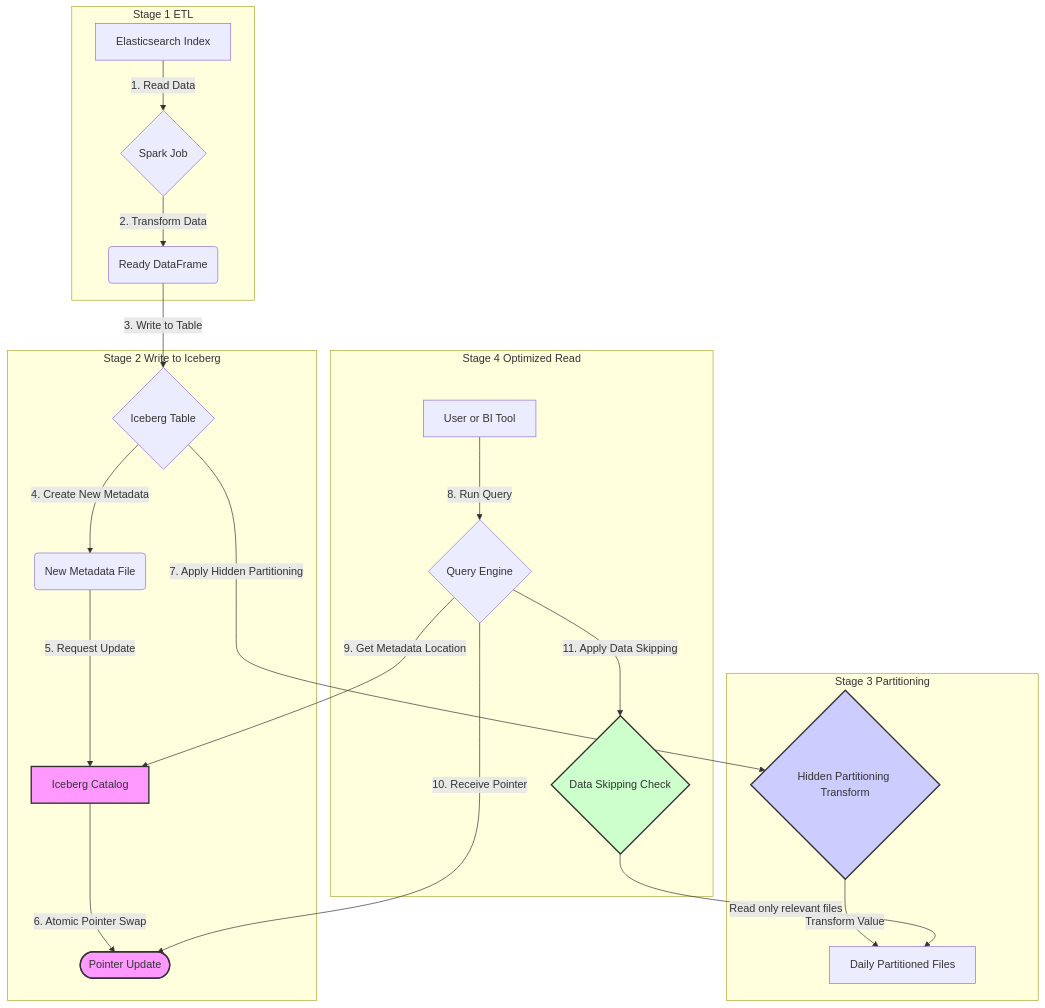
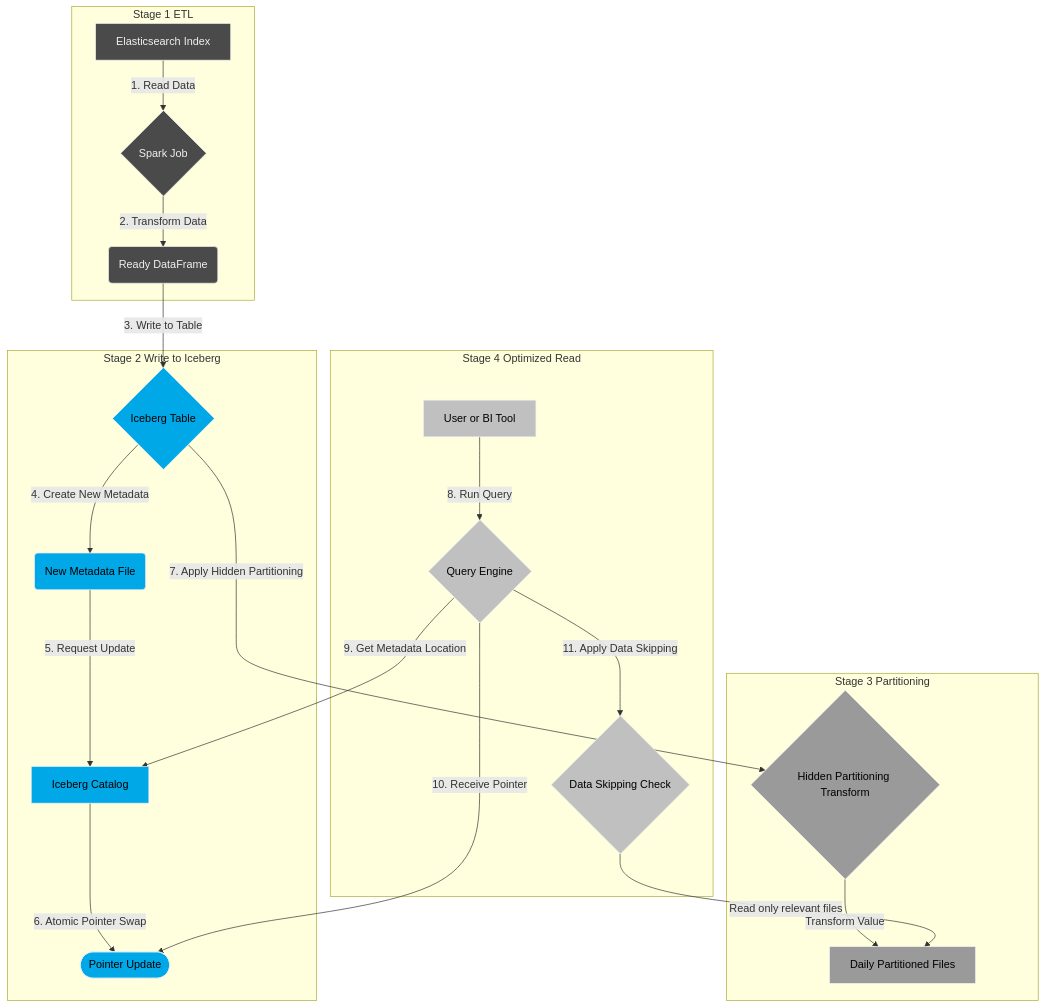
One commit to jonsonpaskal123/iceberg changed the sixth of 6 diagrams in iceberg_explanation_fa.md. Above: the diagram before and after it, drawn with Mermaid. The commit also changed other lines of this file and 1 other file, not shown here.

First line of the commit message:
style(docs): Redesign all Mermaid diagrams with a modern theme

````diff
--- a/iceberg_explanation_fa.md
+++ b/iceberg_explanation_fa.md
@@ -174,45 +221,51 @@
 ```mermaid
 graph TD
+    classDef default fill:#2b2b2b,stroke:#f0f0f0,color:#f0f0f0;
+    classDef etl fill:#4a4a4a,stroke:#f0f0f0,color:#f0f0f0;
+    classDef write fill:#00a8e8,stroke:#f0f0f0,color:#000;
+    classDef partition fill:#9a9a9a,stroke:#f0f0f0,color:#000;
+    classDef read fill:#c0c0c0,stroke:#f0f0f0,color:#000;
+
     subgraph "Stage 1 ETL"
         A["Elasticsearch Index"]
         B{Spark Job}
         C(Ready DataFrame)
     end
 
     subgraph "Stage 2 Write to Iceberg"
         D{Iceberg Table}
         E(New Metadata File)
         F[Iceberg Catalog]
         G(["Pointer Update"])
     end
 
     subgraph "Stage 3 Partitioning"
         H{"Hidden Partitioning Transform"}
         I[Daily Partitioned Files]
     end
 
     subgraph "Stage 4 Optimized Read"
         J[User or BI Tool]
         K{Query Engine}
         L{"Data Skipping Check"}
     end
 
     A -- "1. Read Data" --> B
     B -- "2. Transform Data" --> C
     C -- "3. Write to Table" --> D
     D -- "4. Create New Metadata" --> E
     D -- "7. Apply Hidden Partitioning" --> H
     E -- "5. Request Update" --> F
     F -- "6. Atomic Pointer Swap" --> G
     H -- "Transform Value" --> I
     J -- "8. Run Query" --> K
     K -- "9. Get Metadata Location" --> F
     K -- "10. Receive Pointer" --> G
     K -- "11. Apply Data Skipping" --> L
     L -- "Read only relevant files" --> I
 
-    style F fill:#f9f,stroke:#333,stroke-width:2px
-    style G fill:#f9f,stroke:#333,stroke-width:2px
-    style H fill:#ccf,stroke:#333,stroke-width:2px
-    style L fill:#cfc,stroke:#333,stroke-width:2px
+    class A,B,C etl;
+    class D,E,F,G write;
+    class H,I partition;
+    class J,K,L read;
 ```
````
